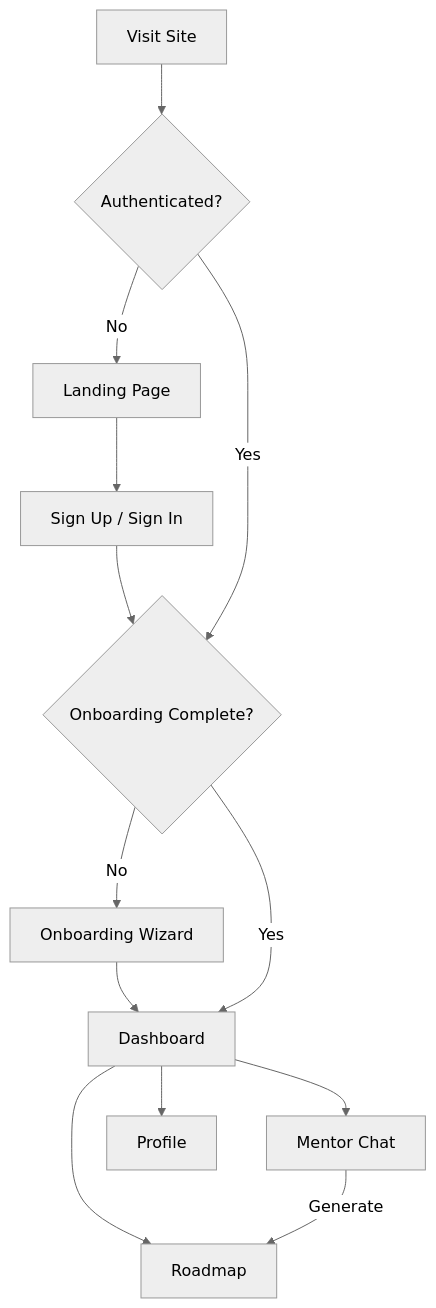
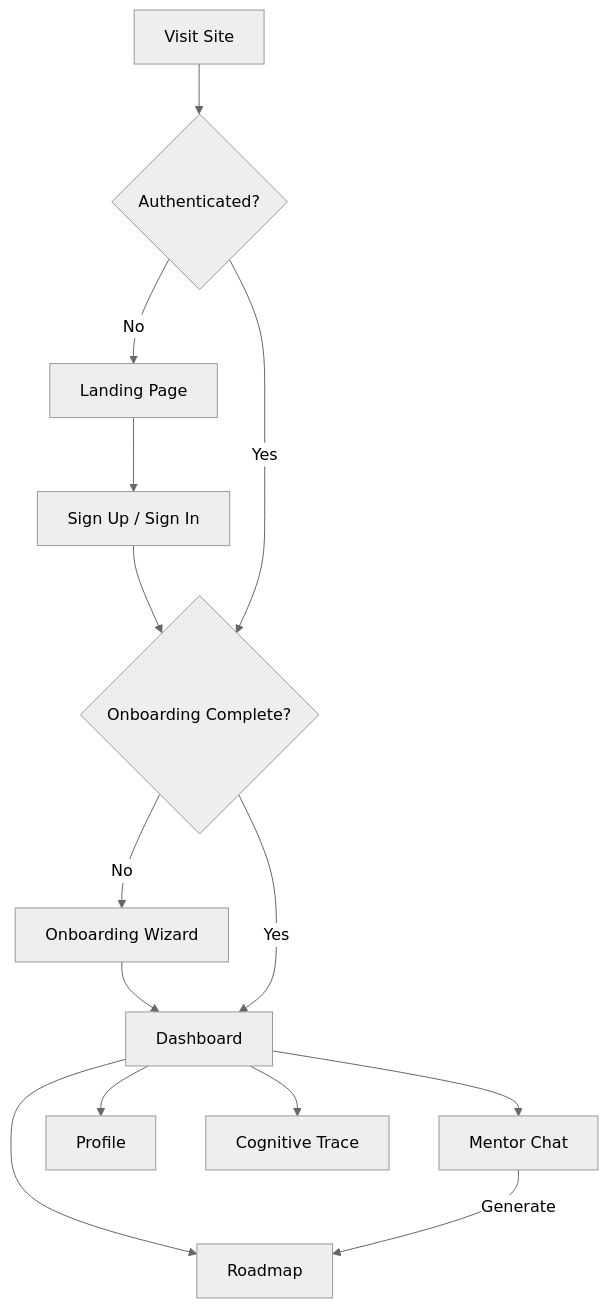
Before and after one commit to akshanshmaurya/Synapse: the third of 6 diagrams in README.md, drawn with Mermaid (neutral theme). The commit also changed other lines of this file and 10 other files, not shown here.

````diff
--- a/README.md
+++ b/README.md
@@ -302,15 +182,16 @@
 ```mermaid
 flowchart TD
     A[Visit Site] --> B{Authenticated?}
     B -->|No| C[Landing Page]
     C --> D[Sign Up / Sign In]
     D --> E{Onboarding Complete?}
     E -->|No| F[Onboarding Wizard]
     F --> G[Dashboard]
     B -->|Yes| E
     E -->|Yes| G
     G --> H[Mentor Chat]
     G --> I[Roadmap]
     G --> J[Profile]
+    G --> K[Cognitive Trace]
     H -->|Generate| I
 ```
````
